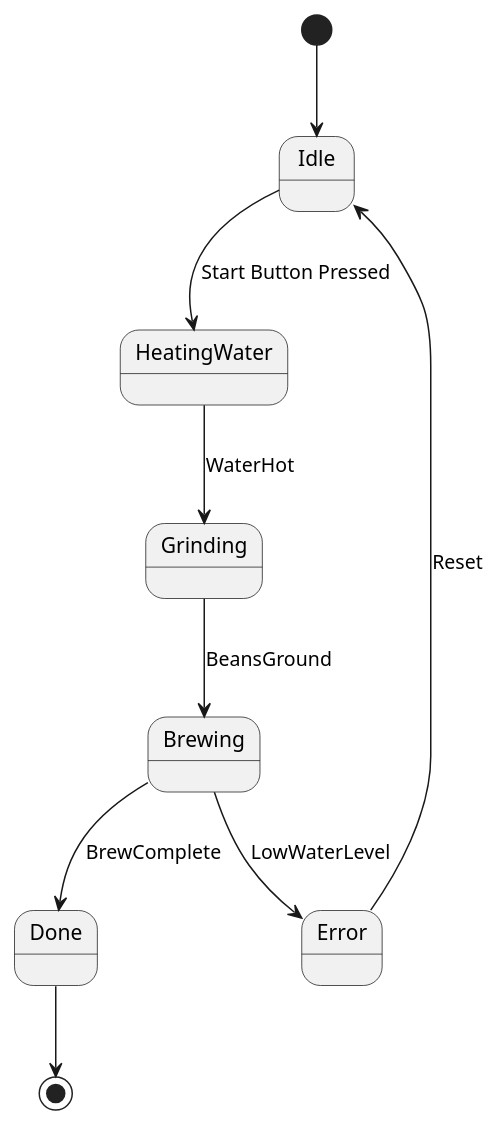
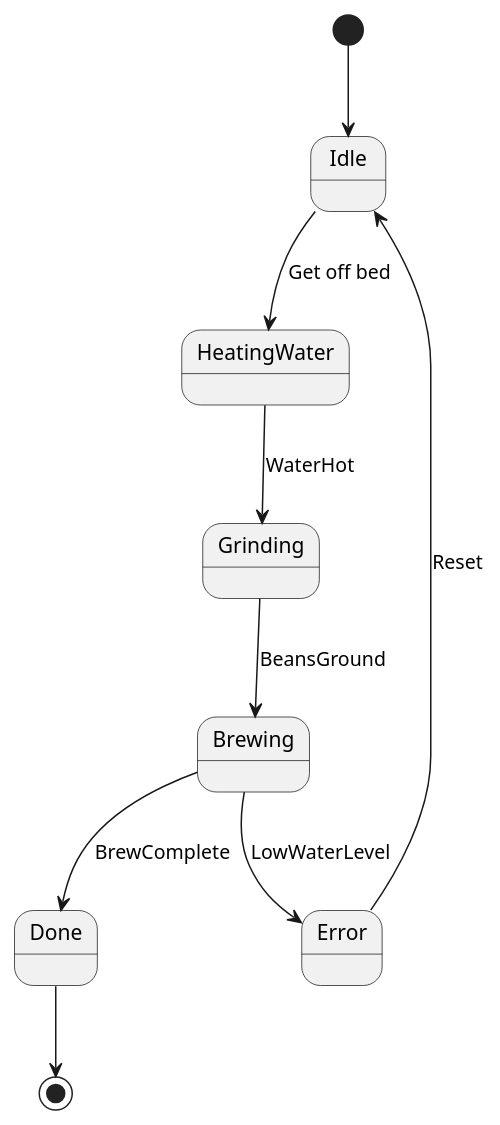
One commit to phamnhatha090805/Final_Assignment_Process_Safety changed the diagram in src/chapter_1.md. Above: the diagram before and after it, drawn with PlantUML. The commit also changed 2 other files, not shown here.

Commit message:
Edit the making coffee from idle to heat water

````diff
--- a/src/chapter_1.md
+++ b/src/chapter_1.md
@@ -2,12 +2,12 @@
 ```plantuml
 @startuml
     [*] --> Idle
-    Idle --> HeatingWater : Start Button Pressed
+    Idle --> HeatingWater : Get off bed
     HeatingWater --> Grinding : WaterHot
     Grinding --> Brewing : BeansGround
     Brewing --> Done : BrewComplete
     Brewing --> Error : LowWaterLevel
     Error --> Idle : Reset
     Done --> [*]
 @enduml
 ```
````
